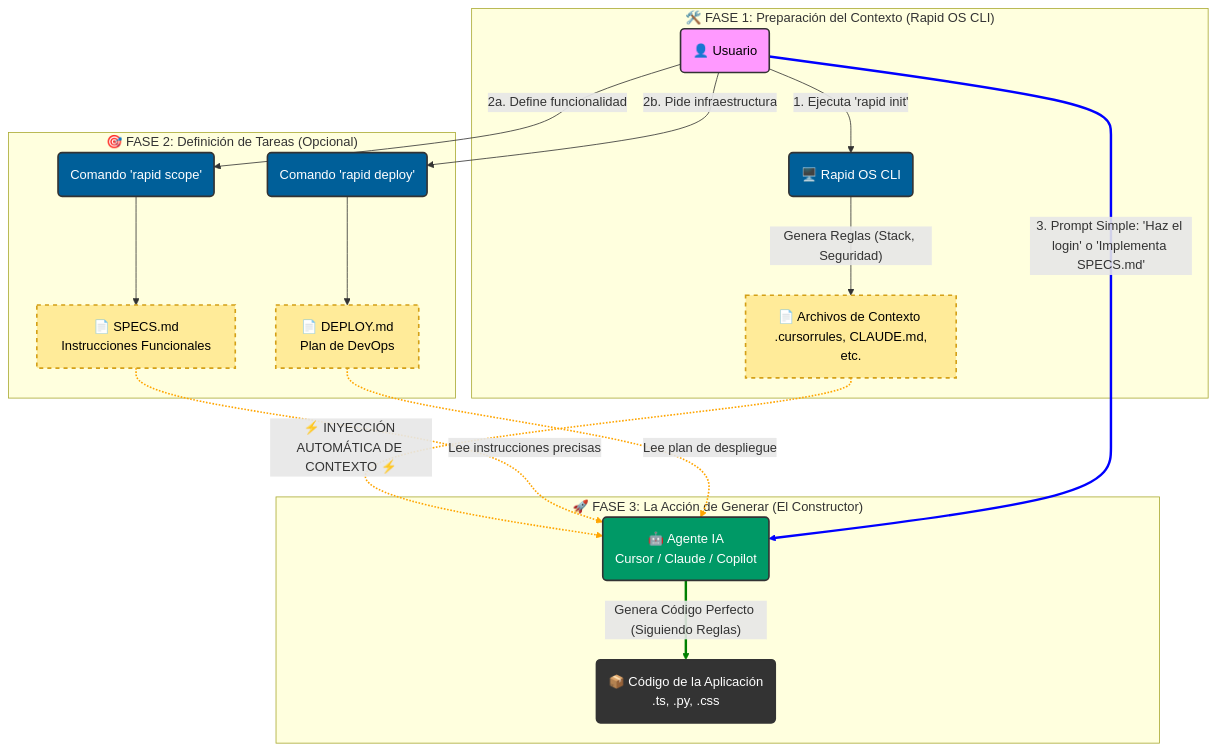
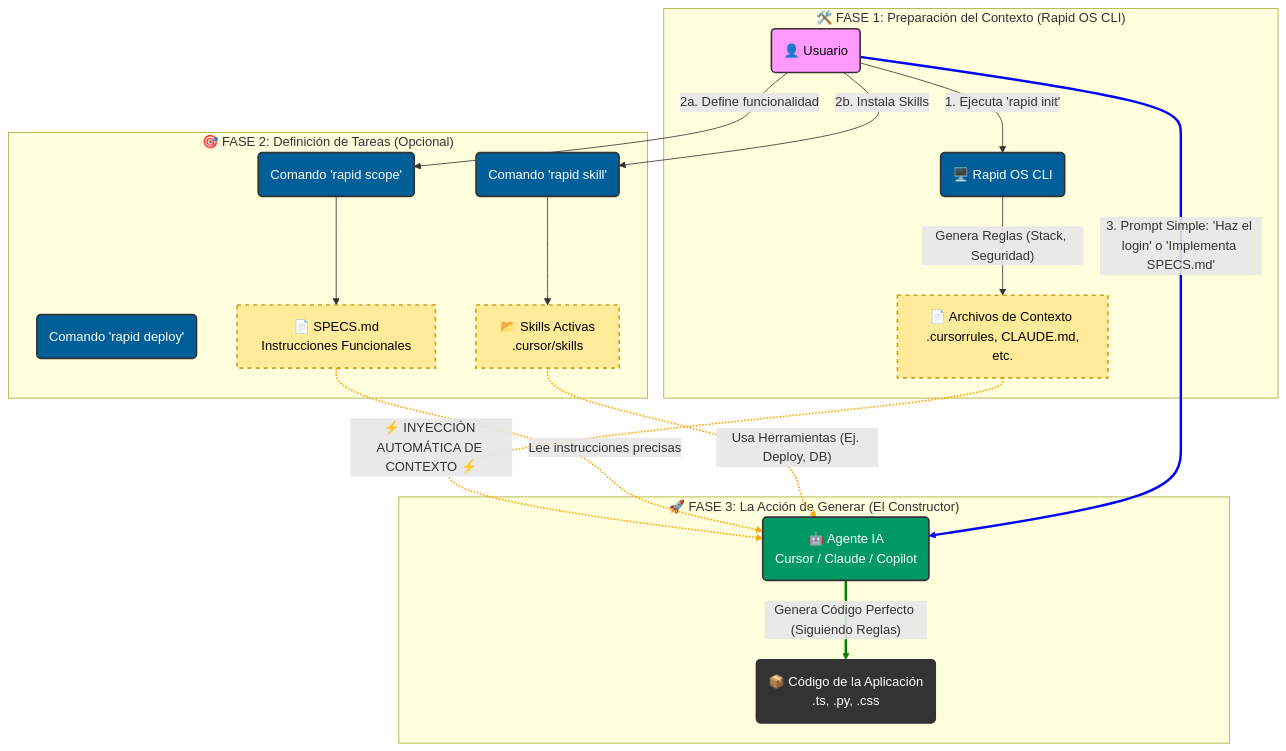
One commit to alyconr/Rapid-OS changed the diagram in README.md. Above: the diagram before and after it, drawn with Mermaid. The commit also changed other lines of this file, not shown here.

Commit message:
actualiza  docuementacion skills

````diff
--- a/README.md
+++ b/README.md
@@ -50,58 +61,59 @@
 ```mermaid
 graph TD
     %% Estilos
     classDef user fill:#f9f,stroke:#333,stroke-width:2px,color:black;
     classDef rapid fill:#005f99,stroke:#333,stroke-width:2px,color:white;
     classDef context fill:#ffeb99,stroke:#d4a017,stroke-width:2px,stroke-dasharray: 5 5,color:black;
     classDef ai fill:#009966,stroke:#333,stroke-width:2px,color:white;
     classDef code fill:#333,stroke:#333,stroke-width:2px,color:white;
 
     %% Nodos Principales
     User(👤 Usuario):::user
     AI(🤖 Agente IA <br> Cursor / Claude / Copilot):::ai
     FinalCode(📦 Código de la Aplicación <br> .ts, .py, .css):::code
 
     %% Subgrafo: Rapid OS (El Director Técnico)
     subgraph "🛠️ FASE 1: Preparación del Contexto (Rapid OS CLI)"
         RapidCLI(🖥️ Rapid OS CLI):::rapid
-        
+
         User -->|1. Ejecuta 'rapid init'| RapidCLI
-        
+
         ContextFiles[📄 Archivos de Contexto <br> .cursorrules, CLAUDE.md, etc.]:::context
         RapidCLI -->|"Genera Reglas (Stack, Seguridad)"| ContextFiles
     end
 
     %% Subgrafo: Tareas Específicas (Opcional)
     subgraph "🎯 FASE 2: Definición de Tareas (Opcional)"
         ScopeCmd(Comando 'rapid scope'):::rapid
         DeployCmd(Comando 'rapid deploy'):::rapid
-        
+        SkillCmd(Comando 'rapid skill'):::rapid
+
         User -->|2a. Define funcionalidad| ScopeCmd
-        User -->|2b. Pide infraestructura| DeployCmd
-        
+        User -->|2b. Instala Skills| SkillCmd
+
         SpecsFile[📄 SPECS.md <br> Instrucciones Funcionales]:::context
-        DeployFile[📄 DEPLOY.md <br> Plan de DevOps]:::context
-        
+        SkillsFolder[📂 Skills Activas <br> .cursor/skills]:::context
+
         ScopeCmd --> SpecsFile
-        DeployCmd --> DeployFile
+        SkillCmd --> SkillsFolder
     end
 
     %% Subgrafo: La Generación Real (El Constructor)
     subgraph "🚀 FASE 3: La Acción de Generar (El Constructor)"
         %% La Inyección Mágica
         ContextFiles -.->|"⚡ INYECCIÓN AUTOMÁTICA DE CONTEXTO ⚡"| AI
         SpecsFile -.->|"Lee instrucciones precisas"| AI
-        DeployFile -.->|"Lee plan de despliegue"| AI
-        
+        SkillsFolder -.->|"Usa Herramientas (Ej. Deploy, DB)"| AI
+
         %% La Acción del Usuario - CORREGIDA
         User == "3. Prompt Simple: 'Haz el login' o 'Implementa SPECS.md'" ==> AI
-        
+
         %% El Resultado
         AI ==>|"Genera Código Perfecto (Siguiendo Reglas)"| FinalCode
     end
 
     %% Leyenda
     linkStyle 6,7,8 stroke:orange,stroke-width:2px,fill:none;
     linkStyle 9 stroke:blue,stroke-width:3px,fill:none;
     linkStyle 10 stroke:green,stroke-width:3px,fill:none;
 ```
````
